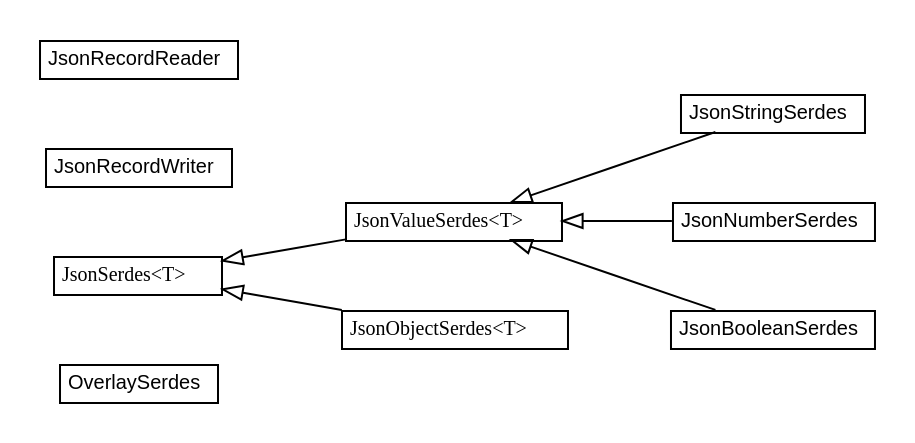
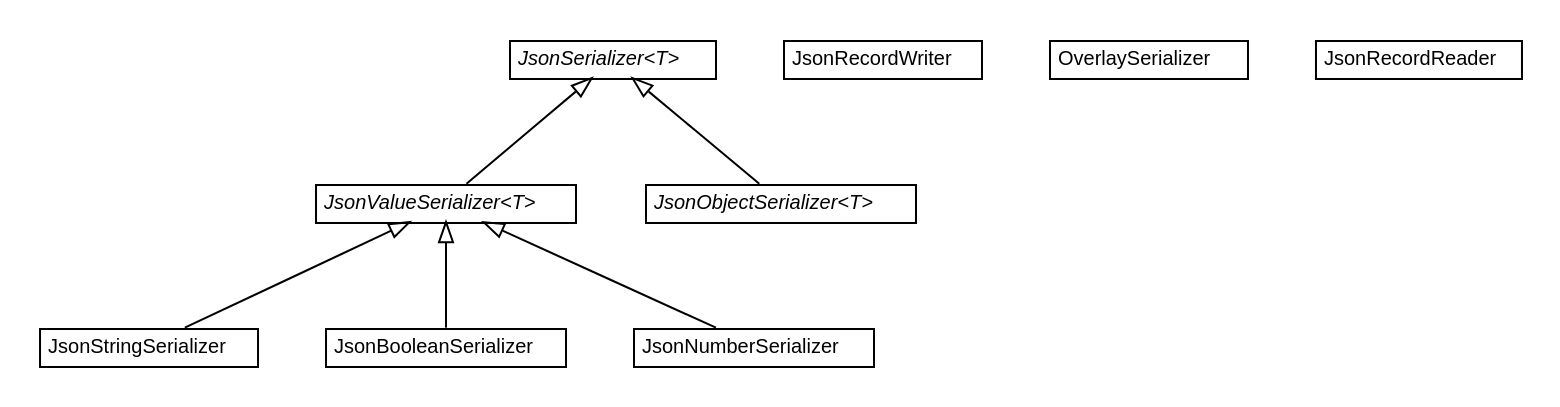
Before and after one commit to reinert/requestor: the diagram in 0.3.0-SNAPSHOT/javadoc/apidocs/io/reinert/requestor/serialization/json/io.reinert.requestor.serialization.json.dot, drawn with Graphviz. The commit also changed 1943 other files, not shown here.

```diff
--- a/0.3.0-SNAPSHOT/javadoc/apidocs/io/reinert/requestor/serialization/json/io.reinert.requestor.serialization.json.dot
+++ b/0.3.0-SNAPSHOT/javadoc/apidocs/io/reinert/requestor/serialization/json/io.reinert.requestor.serialization.json.dot
@@ -1,77 +1,76 @@
 #!/usr/local/bin/dot
 #
 # Class diagram 
 # Generated by UMLGraph version R5_6-24-gf6e263 (http://www.umlgraph.org/)
 #
 
 digraph G {
-	edge [fontname="arial",fontsize=10,labelfontname="arial",labelfontsize=10];
-	node [fontname="arial",fontsize=10,shape=plaintext];
+	edge [fontname="Helvetica",fontsize=10,labelfontname="Helvetica",labelfontsize=10];
+	node [fontname="Helvetica",fontsize=10,shape=plaintext];
 	nodesep=0.25;
 	ranksep=0.5;
-	rankdir=LR;
-	// io.reinert.requestor.serialization.json.OverlaySerdes
-	c1072 [label=<<table title="io.reinert.requestor.serialization.json.OverlaySerdes" border="0" cellborder="1" cellspacing="0" cellpadding="2" port="p" href="./OverlaySerdes.html">
+	// io.reinert.requestor.serialization.json.JsonStringSerializer
+	c1225 [label=<<table title="io.reinert.requestor.serialization.json.JsonStringSerializer" border="0" cellborder="1" cellspacing="0" cellpadding="2" port="p" href="./JsonStringSerializer.html">
 		<tr><td><table border="0" cellspacing="0" cellpadding="1">
-<tr><td align="center" balign="center"> OverlaySerdes </td></tr>
+<tr><td align="center" balign="center"> JsonStringSerializer </td></tr>
 		</table></td></tr>
-		</table>>, URL="./OverlaySerdes.html", fontname="arial", fontcolor="black", fontsize=10.0];
-	// io.reinert.requestor.serialization.json.JsonValueSerdes<T>
-	c1073 [label=<<table title="io.reinert.requestor.serialization.json.JsonValueSerdes" border="0" cellborder="1" cellspacing="0" cellpadding="2" port="p" href="./JsonValueSerdes.html">
+		</table>>, URL="./JsonStringSerializer.html", fontname="Helvetica", fontcolor="black", fontsize=10.0];
+	// io.reinert.requestor.serialization.json.JsonValueSerializer<T>
+	c1226 [label=<<table title="io.reinert.requestor.serialization.json.JsonValueSerializer" border="0" cellborder="1" cellspacing="0" cellpadding="2" port="p" href="./JsonValueSerializer.html">
 		<tr><td><table border="0" cellspacing="0" cellpadding="1">
-<tr><td align="center" balign="center"><font face="arial italic"> JsonValueSerdes&lt;T&gt; </font></td></tr>
+<tr><td align="center" balign="center"><font face="Helvetica-Oblique"> JsonValueSerializer&lt;T&gt; </font></td></tr>
 		</table></td></tr>
-		</table>>, URL="./JsonValueSerdes.html", fontname="arial", fontcolor="black", fontsize=10.0];
-	// io.reinert.requestor.serialization.json.JsonStringSerdes
-	c1074 [label=<<table title="io.reinert.requestor.serialization.json.JsonStringSerdes" border="0" cellborder="1" cellspacing="0" cellpadding="2" port="p" href="./JsonStringSerdes.html">
+		</table>>, URL="./JsonValueSerializer.html", fontname="Helvetica", fontcolor="black", fontsize=10.0];
+	// io.reinert.requestor.serialization.json.JsonBooleanSerializer
+	c1227 [label=<<table title="io.reinert.requestor.serialization.json.JsonBooleanSerializer" border="0" cellborder="1" cellspacing="0" cellpadding="2" port="p" href="./JsonBooleanSerializer.html">
 		<tr><td><table border="0" cellspacing="0" cellpadding="1">
-<tr><td align="center" balign="center"> JsonStringSerdes </td></tr>
+<tr><td align="center" balign="center"> JsonBooleanSerializer </td></tr>
 		</table></td></tr>
-		</table>>, URL="./JsonStringSerdes.html", fontname="arial", fontcolor="black", fontsize=10.0];
-	// io.reinert.requestor.serialization.json.JsonSerdes<T>
-	c1075 [label=<<table title="io.reinert.requestor.serialization.json.JsonSerdes" border="0" cellborder="1" cellspacing="0" cellpadding="2" port="p" href="./JsonSerdes.html">
+		</table>>, URL="./JsonBooleanSerializer.html", fontname="Helvetica", fontcolor="black", fontsize=10.0];
+	// io.reinert.requestor.serialization.json.JsonNumberSerializer
+	c1228 [label=<<table title="io.reinert.requestor.serialization.json.JsonNumberSerializer" border="0" cellborder="1" cellspacing="0" cellpadding="2" port="p" href="./JsonNumberSerializer.html">
 		<tr><td><table border="0" cellspacing="0" cellpadding="1">
-<tr><td align="center" balign="center"><font face="arial italic"> JsonSerdes&lt;T&gt; </font></td></tr>
+<tr><td align="center" balign="center"> JsonNumberSerializer </td></tr>
 		</table></td></tr>
-		</table>>, URL="./JsonSerdes.html", fontname="arial", fontcolor="black", fontsize=10.0];
+		</table>>, URL="./JsonNumberSerializer.html", fontname="Helvetica", fontcolor="black", fontsize=10.0];
+	// io.reinert.requestor.serialization.json.JsonSerializer<T>
+	c1229 [label=<<table title="io.reinert.requestor.serialization.json.JsonSerializer" border="0" cellborder="1" cellspacing="0" cellpadding="2" port="p" href="./JsonSerializer.html">
+		<tr><td><table border="0" cellspacing="0" cellpadding="1">
+<tr><td align="center" balign="center"><font face="Helvetica-Oblique"> JsonSerializer&lt;T&gt; </font></td></tr>
+		</table></td></tr>
+		</table>>, URL="./JsonSerializer.html", fontname="Helvetica", fontcolor="black", fontsize=10.0];
 	// io.reinert.requestor.serialization.json.JsonRecordWriter
-	c1076 [label=<<table title="io.reinert.requestor.serialization.json.JsonRecordWriter" border="0" cellborder="1" cellspacing="0" cellpadding="2" port="p" href="./JsonRecordWriter.html">
+	c1230 [label=<<table title="io.reinert.requestor.serialization.json.JsonRecordWriter" border="0" cellborder="1" cellspacing="0" cellpadding="2" port="p" href="./JsonRecordWriter.html">
 		<tr><td><table border="0" cellspacing="0" cellpadding="1">
 <tr><td align="center" balign="center"> JsonRecordWriter </td></tr>
 		</table></td></tr>
-		</table>>, URL="./JsonRecordWriter.html", fontname="arial", fontcolor="black", fontsize=10.0];
+		</table>>, URL="./JsonRecordWriter.html", fontname="Helvetica", fontcolor="black", fontsize=10.0];
+	// io.reinert.requestor.serialization.json.OverlaySerializer
+	c1231 [label=<<table title="io.reinert.requestor.serialization.json.OverlaySerializer" border="0" cellborder="1" cellspacing="0" cellpadding="2" port="p" href="./OverlaySerializer.html">
+		<tr><td><table border="0" cellspacing="0" cellpadding="1">
+<tr><td align="center" balign="center"> OverlaySerializer </td></tr>
+		</table></td></tr>
+		</table>>, URL="./OverlaySerializer.html", fontname="Helvetica", fontcolor="black", fontsize=10.0];
 	// io.reinert.requestor.serialization.json.JsonRecordReader
-	c1077 [label=<<table title="io.reinert.requestor.serialization.json.JsonRecordReader" border="0" cellborder="1" cellspacing="0" cellpadding="2" port="p" href="./JsonRecordReader.html">
+	c1232 [label=<<table title="io.reinert.requestor.serialization.json.JsonRecordReader" border="0" cellborder="1" cellspacing="0" cellpadding="2" port="p" href="./JsonRecordReader.html">
 		<tr><td><table border="0" cellspacing="0" cellpadding="1">
 <tr><td align="center" balign="center"> JsonRecordReader </td></tr>
 		</table></td></tr>
-		</table>>, URL="./JsonRecordReader.html", fontname="arial", fontcolor="black", fontsize=10.0];
-	// io.reinert.requestor.serialization.json.JsonObjectSerdes<T>
-	c1078 [label=<<table title="io.reinert.requestor.serialization.json.JsonObjectSerdes" border="0" cellborder="1" cellspacing="0" cellpadding="2" port="p" href="./JsonObjectSerdes.html">
+		</table>>, URL="./JsonRecordReader.html", fontname="Helvetica", fontcolor="black", fontsize=10.0];
+	// io.reinert.requestor.serialization.json.JsonObjectSerializer<T>
+	c1233 [label=<<table title="io.reinert.requestor.serialization.json.JsonObjectSerializer" border="0" cellborder="1" cellspacing="0" cellpadding="2" port="p" href="./JsonObjectSerializer.html">
 		<tr><td><table border="0" cellspacing="0" cellpadding="1">
-<tr><td align="center" balign="center"><font face="arial italic"> JsonObjectSerdes&lt;T&gt; </font></td></tr>
+<tr><td align="center" balign="center"><font face="Helvetica-Oblique"> JsonObjectSerializer&lt;T&gt; </font></td></tr>
 		</table></td></tr>
-		</table>>, URL="./JsonObjectSerdes.html", fontname="arial", fontcolor="black", fontsize=10.0];
-	// io.reinert.requestor.serialization.json.JsonNumberSerdes
-	c1079 [label=<<table title="io.reinert.requestor.serialization.json.JsonNumberSerdes" border="0" cellborder="1" cellspacing="0" cellpadding="2" port="p" href="./JsonNumberSerdes.html">
-		<tr><td><table border="0" cellspacing="0" cellpadding="1">
-<tr><td align="center" balign="center"> JsonNumberSerdes </td></tr>
-		</table></td></tr>
-		</table>>, URL="./JsonNumberSerdes.html", fontname="arial", fontcolor="black", fontsize=10.0];
-	// io.reinert.requestor.serialization.json.JsonBooleanSerdes
-	c1080 [label=<<table title="io.reinert.requestor.serialization.json.JsonBooleanSerdes" border="0" cellborder="1" cellspacing="0" cellpadding="2" port="p" href="./JsonBooleanSerdes.html">
-		<tr><td><table border="0" cellspacing="0" cellpadding="1">
-<tr><td align="center" balign="center"> JsonBooleanSerdes </td></tr>
-		</table></td></tr>
-		</table>>, URL="./JsonBooleanSerdes.html", fontname="arial", fontcolor="black", fontsize=10.0];
-	//io.reinert.requestor.serialization.json.JsonValueSerdes<T> extends io.reinert.requestor.serialization.json.JsonSerdes<T>
-	c1075:p -> c1073:p [dir=back,arrowtail=empty];
-	//io.reinert.requestor.serialization.json.JsonStringSerdes extends io.reinert.requestor.serialization.json.JsonValueSerdes<java.lang.String>
-	c1073:p -> c1074:p [dir=back,arrowtail=empty];
-	//io.reinert.requestor.serialization.json.JsonObjectSerdes<T> extends io.reinert.requestor.serialization.json.JsonSerdes<T>
-	c1075:p -> c1078:p [dir=back,arrowtail=empty];
-	//io.reinert.requestor.serialization.json.JsonNumberSerdes extends io.reinert.requestor.serialization.json.JsonValueSerdes<java.lang.Number>
-	c1073:p -> c1079:p [dir=back,arrowtail=empty];
-	//io.reinert.requestor.serialization.json.JsonBooleanSerdes extends io.reinert.requestor.serialization.json.JsonValueSerdes<java.lang.Boolean>
-	c1073:p -> c1080:p [dir=back,arrowtail=empty];
+		</table>>, URL="./JsonObjectSerializer.html", fontname="Helvetica", fontcolor="black", fontsize=10.0];
+	//io.reinert.requestor.serialization.json.JsonStringSerializer extends io.reinert.requestor.serialization.json.JsonValueSerializer<java.lang.String>
+	c1226:p -> c1225:p [dir=back,arrowtail=empty];
+	//io.reinert.requestor.serialization.json.JsonValueSerializer<T> extends io.reinert.requestor.serialization.json.JsonSerializer<T>
+	c1229:p -> c1226:p [dir=back,arrowtail=empty];
+	//io.reinert.requestor.serialization.json.JsonBooleanSerializer extends io.reinert.requestor.serialization.json.JsonValueSerializer<java.lang.Boolean>
+	c1226:p -> c1227:p [dir=back,arrowtail=empty];
+	//io.reinert.requestor.serialization.json.JsonNumberSerializer extends io.reinert.requestor.serialization.json.JsonValueSerializer<java.lang.Number>
+	c1226:p -> c1228:p [dir=back,arrowtail=empty];
+	//io.reinert.requestor.serialization.json.JsonObjectSerializer<T> extends io.reinert.requestor.serialization.json.JsonSerializer<T>
+	c1229:p -> c1233:p [dir=back,arrowtail=empty];
 }
```
